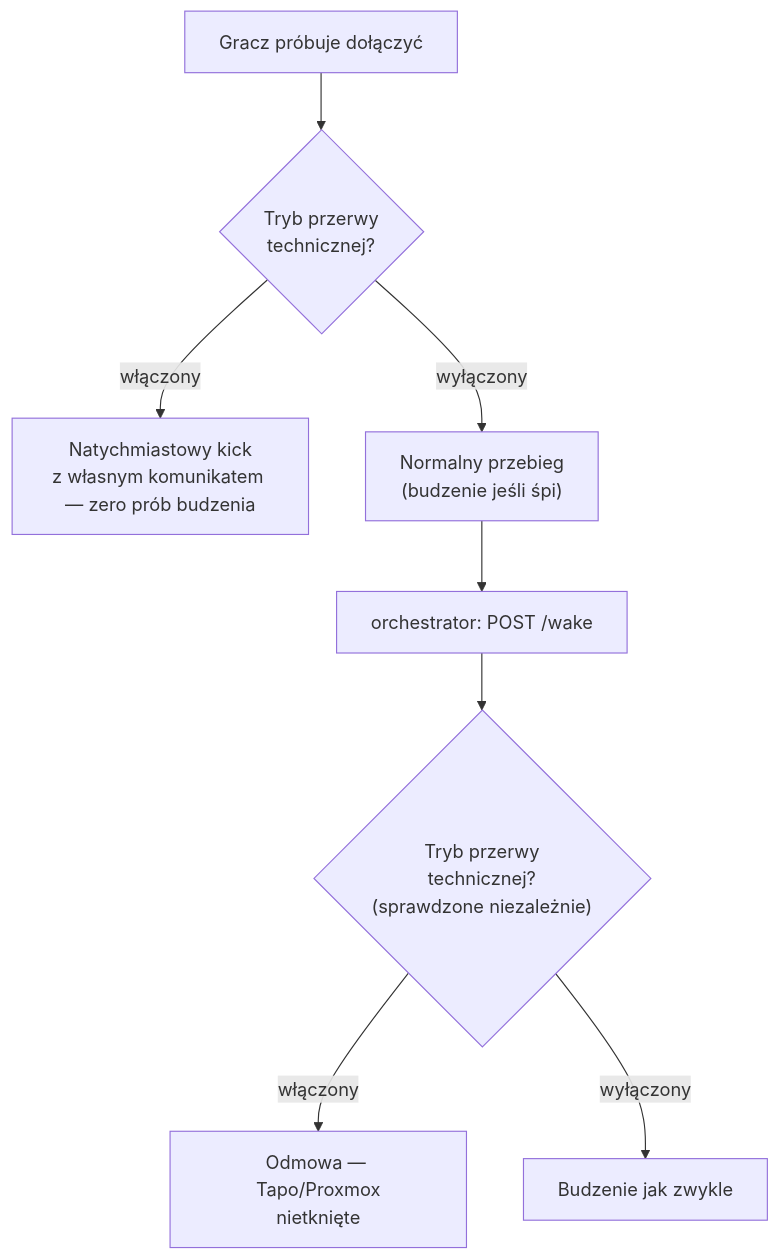
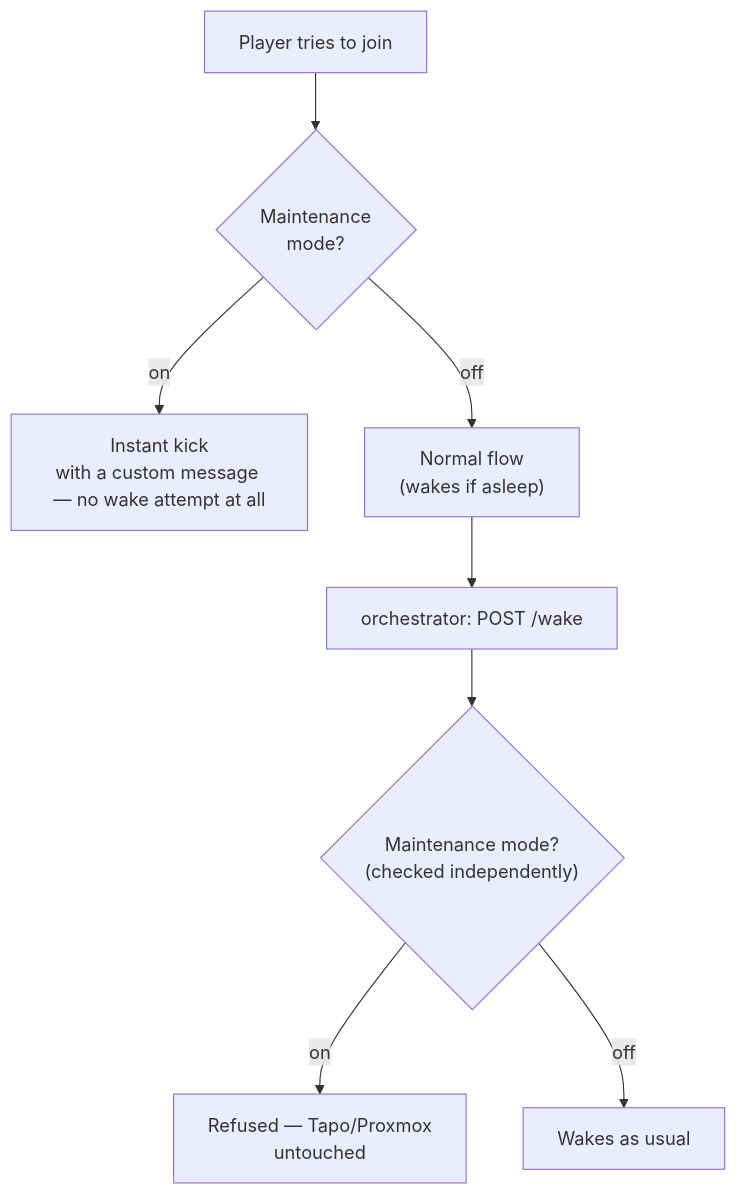
Before and after one commit to mrfroncu/mcwake: the fourth of 6 diagrams in README.md, drawn with Mermaid. The commit also changed other lines of this file, not shown here.

````diff
--- a/README.md
+++ b/README.md
@@ -208,10 +210,10 @@
 ```mermaid
 flowchart TB
-    join["Gracz próbuje dołączyć"] --> lockout{"Tryb przerwy\ntechnicznej?"}
-    lockout -->|włączony| kick["Natychmiastowy kick\nz własnym komunikatem — zero prób budzenia"]
-    lockout -->|wyłączony| normal["Normalny przebieg\n(budzenie jeśli śpi)"]
+    join["Player tries to join"] --> lockout{"Maintenance\nmode?"}
+    lockout -->|on| kick["Instant kick\nwith a custom message — no wake attempt at all"]
+    lockout -->|off| normal["Normal flow\n(wakes if asleep)"]
     normal --> wakecall["orchestrator: POST /wake"]
-    wakecall --> guard{"Tryb przerwy\ntechnicznej?\n(sprawdzone niezależnie)"}
-    guard -->|włączony| refuse["Odmowa — Tapo/Proxmox\nnietknięte"]
-    guard -->|wyłączony| proceed["Budzenie jak zwykle"]
+    wakecall --> guard{"Maintenance mode?\n(checked independently)"}
+    guard -->|on| refuse["Refused — Tapo/Proxmox\nuntouched"]
+    guard -->|off| proceed["Wakes as usual"]
 ```
````
